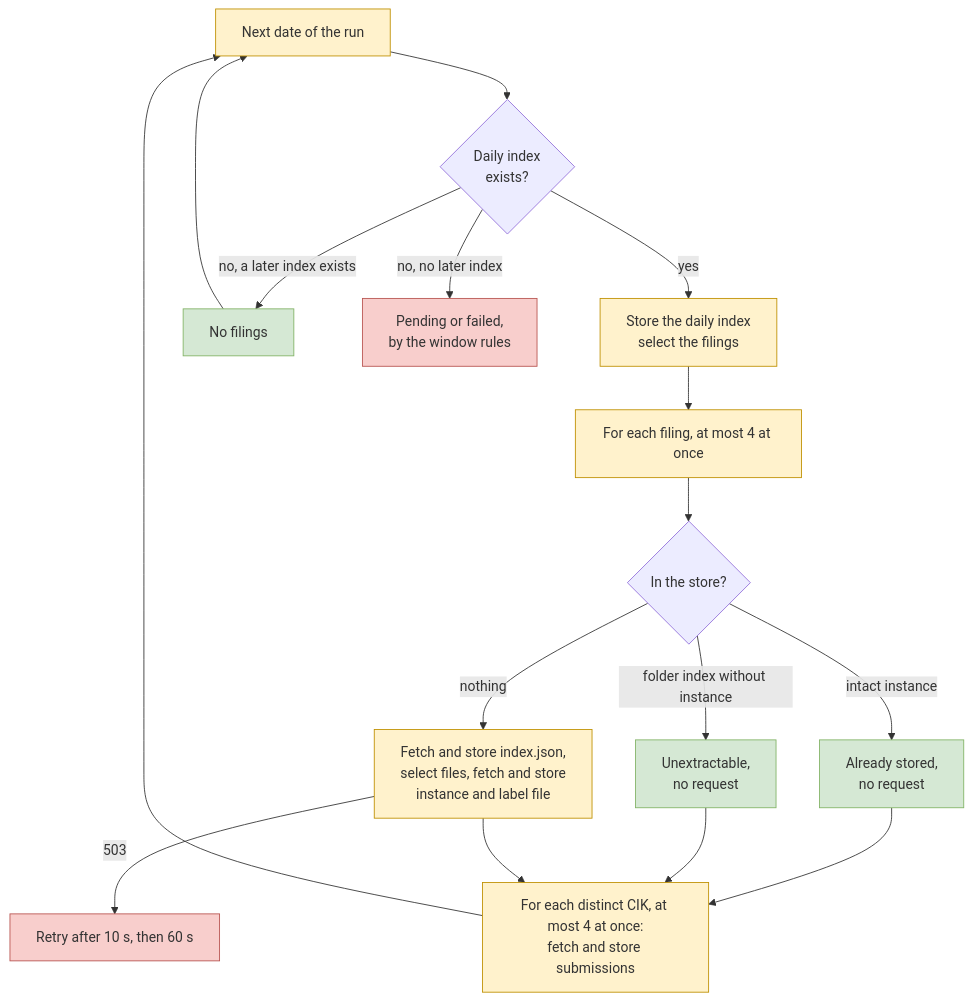
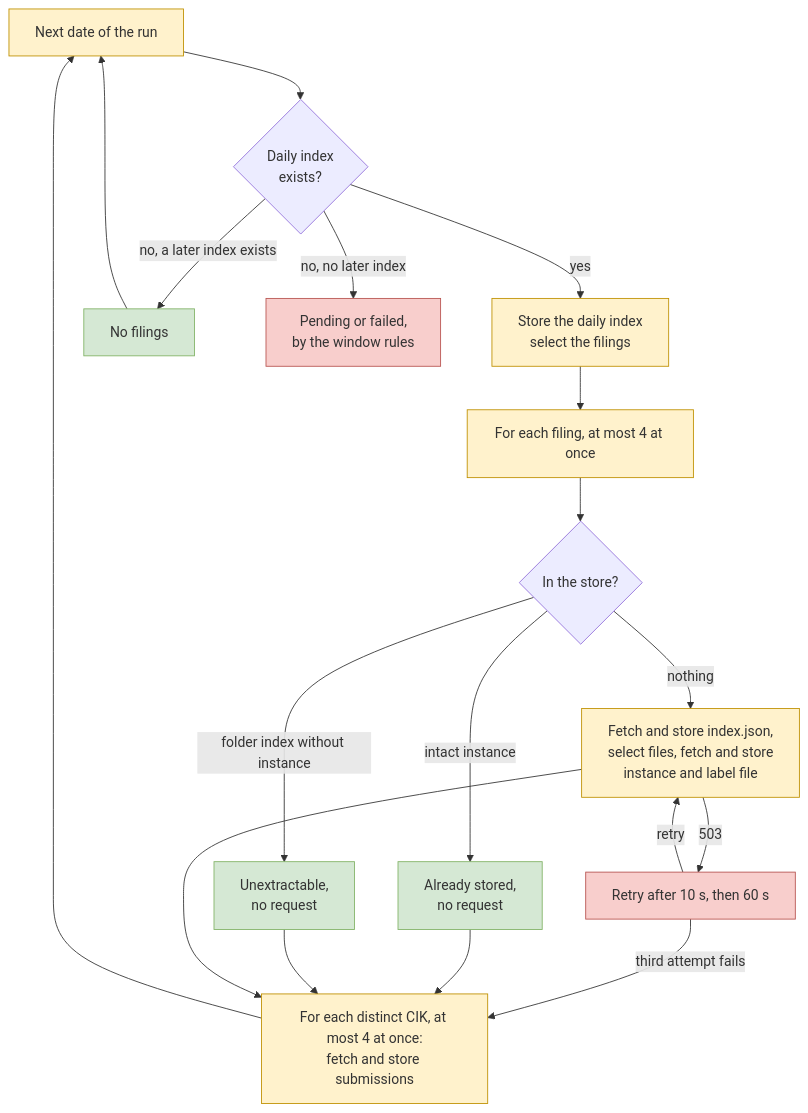
Before and after one commit to ironcapitaleu/arkad: the fourth of 4 diagrams in sec/design/pipeline/extraction_overview.md, drawn with Mermaid. The commit also changed other lines of this file, not shown here.

````diff
--- a/sec/design/pipeline/extraction_overview.md
+++ b/sec/design/pipeline/extraction_overview.md
@@ -391,22 +389,24 @@
 ```mermaid
 flowchart TB
     classDef step fill:#fff2cc,stroke:#bf9000
     classDef skip fill:#d5e8d4,stroke:#82b366
     classDef fail fill:#f8cecc,stroke:#b85450
 
     D["Next date of the run"]:::step --> DI{"Daily index<br/>exists?"}
     DI -- "yes" --> SD["Store the daily index<br/>select the filings"]:::step
     DI -- "no, a later index exists" --> E["No filings"]:::skip
     DI -- "no, no later index" --> P["Pending or failed,<br/>by the window rules"]:::fail
     SD --> F["For each filing, at most 4 at once"]:::step
     F --> R{"In the store?"}
     R -- "intact instance" --> S1["Already stored,<br/>no request"]:::skip
     R -- "folder index without instance" --> S2["Unextractable,<br/>no request"]:::skip
     R -- "nothing" --> X["Fetch and store index.json,<br/>select files, fetch and store<br/>instance and label file"]:::step
     X -- "503" --> RT["Retry after 10 s, then 60 s"]:::fail
+    RT -- "retry" --> X
+    RT -- "third attempt fails" --> C
     S1 --> C["For each distinct CIK, at most 4 at once:<br/>fetch and store submissions"]:::step
     S2 --> C
     X --> C
     E --> D
     C --> D
 ```
````
